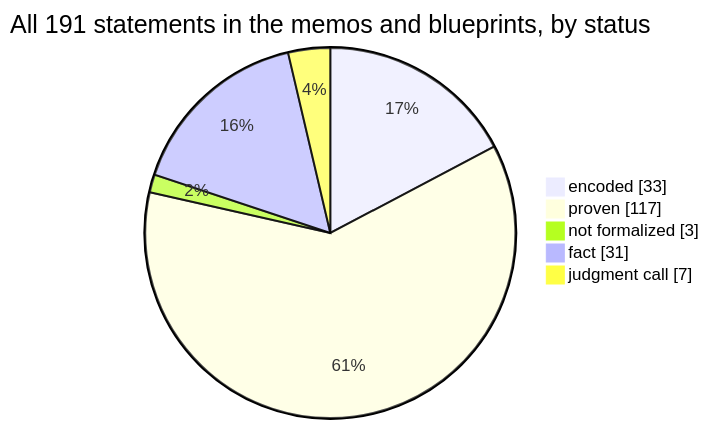
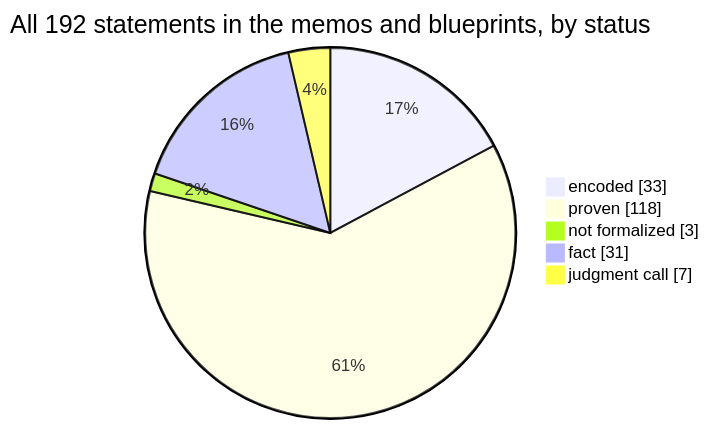
Before and after one commit to SeanWMurray/Canteen: the first of 4 diagrams in docs/graphs/dashboard.md, drawn with Mermaid. The commit also changed other lines of this file and 16 other files, not shown here.

````diff
--- a/docs/graphs/dashboard.md
+++ b/docs/graphs/dashboard.md
@@ -11,8 +11,8 @@
 ```mermaid
-pie showData title All 191 statements in the memos and blueprints, by status
+pie showData title All 192 statements in the memos and blueprints, by status
     "encoded" : 33
-    "proven" : 117
+    "proven" : 118
     "not formalized" : 3
     "fact" : 31
     "judgment call" : 7
 ```
````
